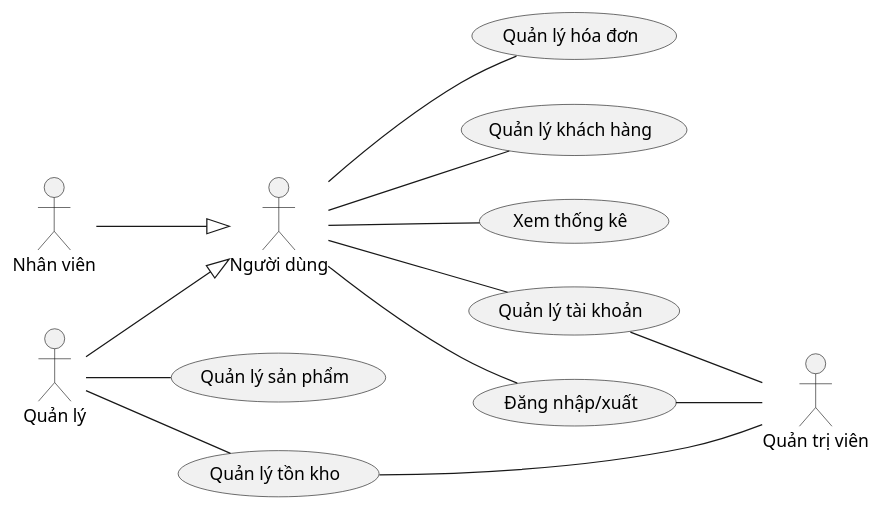
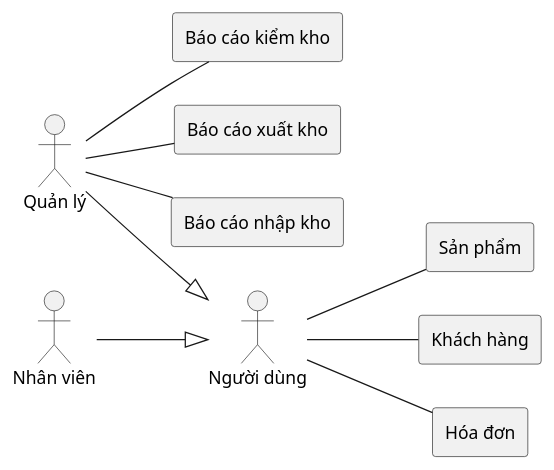
One commit to Corn207/Inventoice changed the diagram in docs/System Design/usecase/General/General.plantuml. Above: the diagram before and after it, drawn with PlantUML. The commit also changed 24 other files, not shown here.

First line of the commit message:
feat: Updated use case diagrams.

```diff
--- a/docs/System Design/usecase/General/General.plantuml
+++ b/docs/System Design/usecase/General/General.plantuml
@@ -1,41 +1,36 @@
 @startuml General
 left to right direction
 
 actor :Người dùng: as User
 actor :Quản lý: as Manager
 actor :Nhân viên: as Staff
-actor :Quản trị viên: as Admin
 
-usecase ManageProduct as "Quản lý sản phẩm"
+rectangle Product as "Sản phẩm" {
 
-usecase ManageInventory as "Quản lý tồn kho"
-
-usecase ManageInvoice as "Quản lý hóa đơn"
-
-usecase ManageClient as "Quản lý khách hàng"
-
-usecase GetStatistic as "Xem thống kê"
-
-usecase ManageAccount as "Quản lý tài khoản"
-usecase LoginLogout as "Đăng nhập/xuất"
+}
+rectangle Client as "Khách hàng" {
+    
+}
+rectangle AuditReport as "Báo cáo kiểm kho" {
+    
+}
+rectangle ExportReport as "Báo cáo xuất kho" {
+    
+}
+rectangle ImportReport as "Báo cáo nhập kho" {
+    
+}
+rectangle Invoice as "Hóa đơn" {
+    
+}
 
 Manager --|> User
 Staff --|> User
 
-User -- LoginLogout
-LoginLogout -- Admin
-
-ManageAccount -- Admin
-User -- ManageAccount
-
-Manager -- ManageProduct
-
-ManageInventory -- Admin
-Manager -- ManageInventory
-
-User -- ManageInvoice
-
-User -- ManageClient
-
-User -- GetStatistic
+Manager -- AuditReport
+Manager -- ExportReport
+Manager -- ImportReport
+User -- Client
+User -- Product
+User -- Invoice
 @enduml
```
